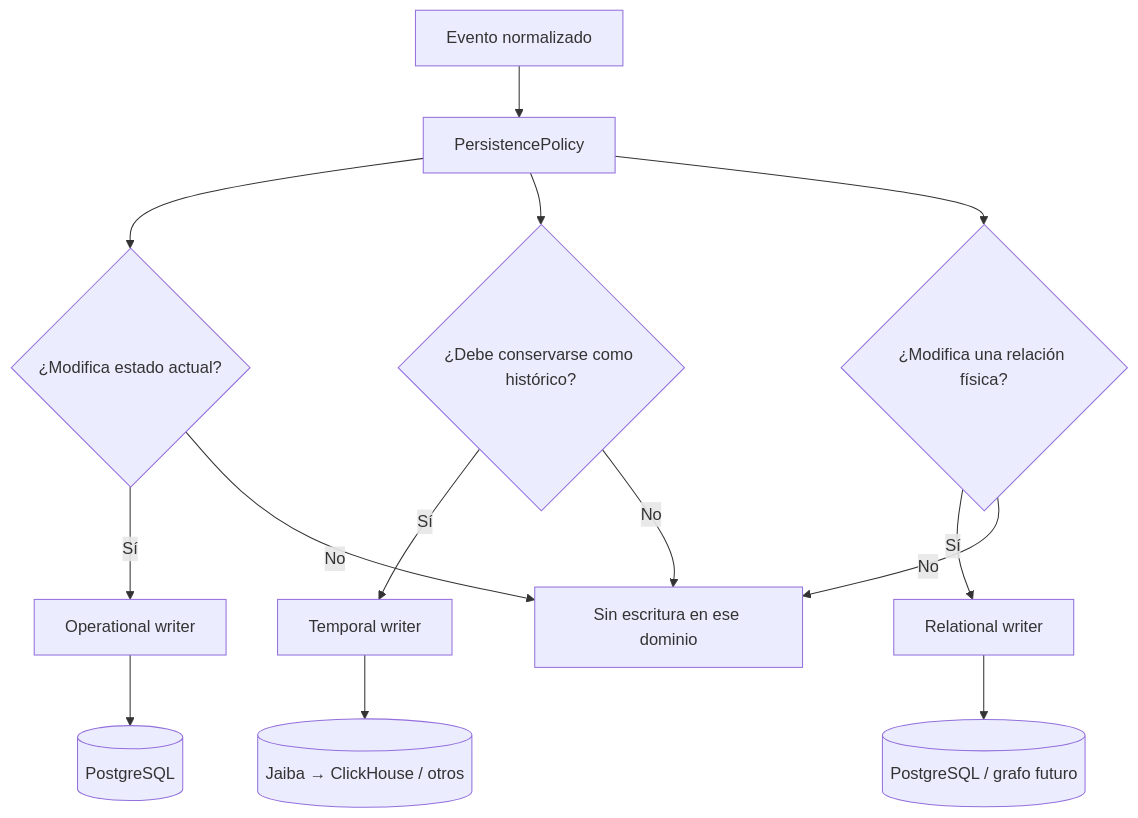
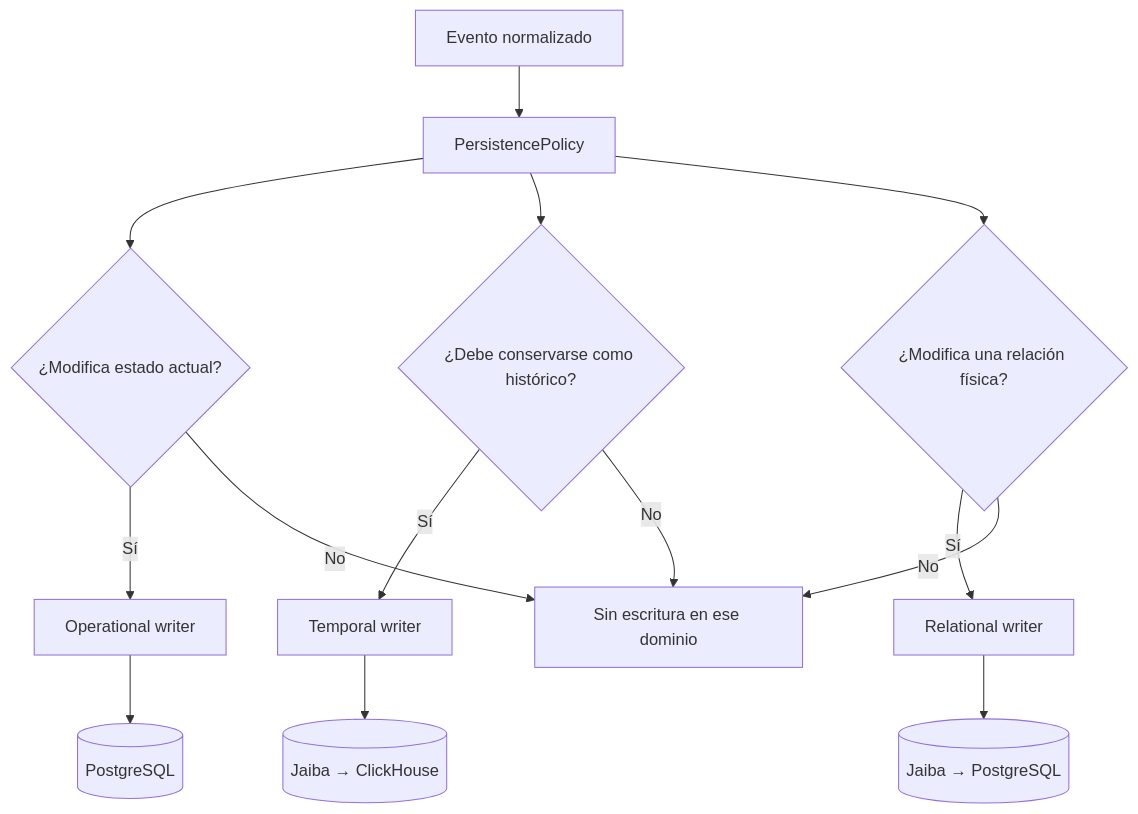
Before and after one commit to dfr2098/broder: the sixth of 9 diagrams in core/rs/ARCHITECTURE.md, drawn with Mermaid. The commit also changed other lines of this file and 4 other files, not shown here.

First line of the commit message:
Limit Jaiba backends to ClickHouse and PostgreSQL only.

````diff
--- a/core/rs/ARCHITECTURE.md
+++ b/core/rs/ARCHITECTURE.md
@@ -288,19 +289,19 @@
 ```mermaid
 flowchart TD
     EVENT[Evento normalizado] --> POLICY[PersistencePolicy]
     POLICY --> OP{¿Modifica estado actual?}
     POLICY --> HIS{¿Debe conservarse como histórico?}
     POLICY --> GRA{¿Modifica una relación física?}
 
     OP -->|Sí| OPW[Operational writer]
     HIS -->|Sí| HISW[Temporal writer]
     GRA -->|Sí| GRAW[Relational writer]
 
     OPW --> PG[(PostgreSQL)]
-    HISW --> TS[(Jaiba → ClickHouse / otros)]
-    GRAW --> GRAPH[(PostgreSQL / grafo futuro)]
+    HISW --> TS[(Jaiba → ClickHouse)]
+    GRAW --> GRAPH[(Jaiba → PostgreSQL)]
 
     OP -->|No| END[Sin escritura en ese dominio]
     HIS -->|No| END
     GRA -->|No| END
 ```
````
